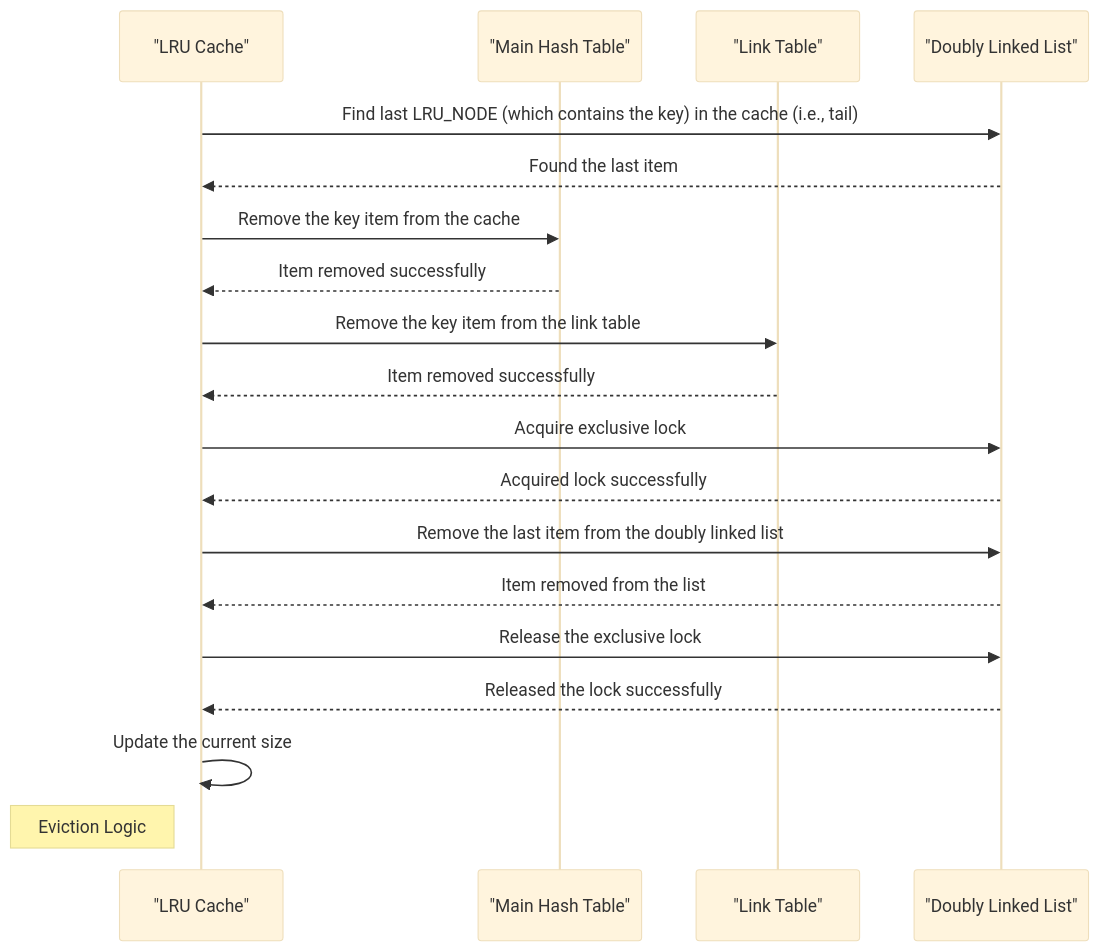
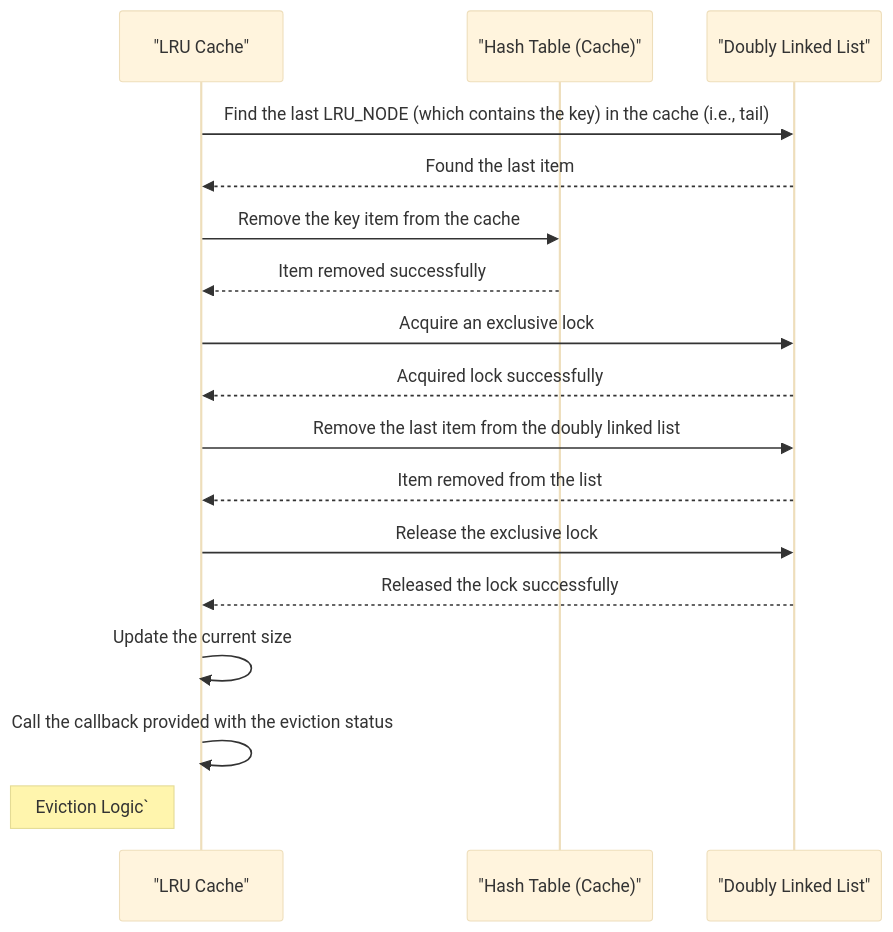
Before and after one commit to Azure/clds: the second of 3 diagrams in devdoc/lru_cache_design.md, drawn with Mermaid (base theme). The commit also changed other lines of this file, not shown here.

````diff
--- a/devdoc/lru_cache_design.md
+++ b/devdoc/lru_cache_design.md
@@ -75,21 +79,19 @@
 ```mermaid
 sequenceDiagram
     participant Cache as "LRU Cache"
-    participant HashTable as "Main Hash Table"
-    participant LinkHashTable as "Link Table"
+    participant HashTable as "Hash Table (Cache)"
     participant DoublyLinkedList as "Doubly Linked List"
-    Cache ->> DoublyLinkedList: Find last LRU_NODE (which contains the key) in the cache (i.e., tail)
+    Cache ->> DoublyLinkedList: Find the last LRU_NODE (which contains the key) in the cache (i.e., tail)
     DoublyLinkedList -->> Cache: Found the last item
     Cache ->> HashTable: Remove the key item from the cache
     HashTable -->> Cache: Item removed successfully
-    Cache ->> LinkHashTable: Remove the key item from the link table
-    LinkHashTable -->> Cache: Item removed successfully
-    Cache ->> DoublyLinkedList: Acquire exclusive lock
+    Cache ->> DoublyLinkedList: Acquire an exclusive lock
     DoublyLinkedList -->> Cache: Acquired lock successfully
     Cache ->> DoublyLinkedList: Remove the last item from the doubly linked list
     DoublyLinkedList -->> Cache: Item removed from the list
     Cache ->> DoublyLinkedList: Release the exclusive lock
     DoublyLinkedList -->> Cache: Released the lock successfully
     Cache ->> Cache: Update the current size
-    Note left of Cache: Eviction Logic
+    Cache ->> Cache: Call the callback provided with the eviction status
+    Note left of Cache: Eviction Logic` 
 ```
````
